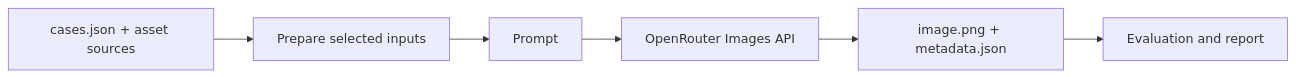
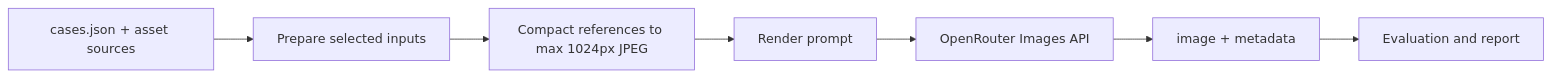
One commit to komaksym/weon-assignment changed the diagram in README.md. Above: the diagram before and after it, drawn with Mermaid. The commit also changed other lines of this file, not shown here.

Commit message:
docs: document compact baseline execution

````diff
--- a/README.md
+++ b/README.md
@@ -9,8 +9,9 @@
 ```mermaid
 flowchart LR
     A[cases.json + asset sources] --> B[Prepare selected inputs]
-    B --> C[Prompt]
-    C --> D[OpenRouter Images API]
-    D --> E[image.png + metadata.json]
-    E --> F[Evaluation and report]
+    B --> C[Compact references to max 1024px JPEG]
+    C --> D[Render prompt]
+    D --> E[OpenRouter Images API]
+    E --> F[image + metadata]
+    F --> G[Evaluation and report]
 ```
````
